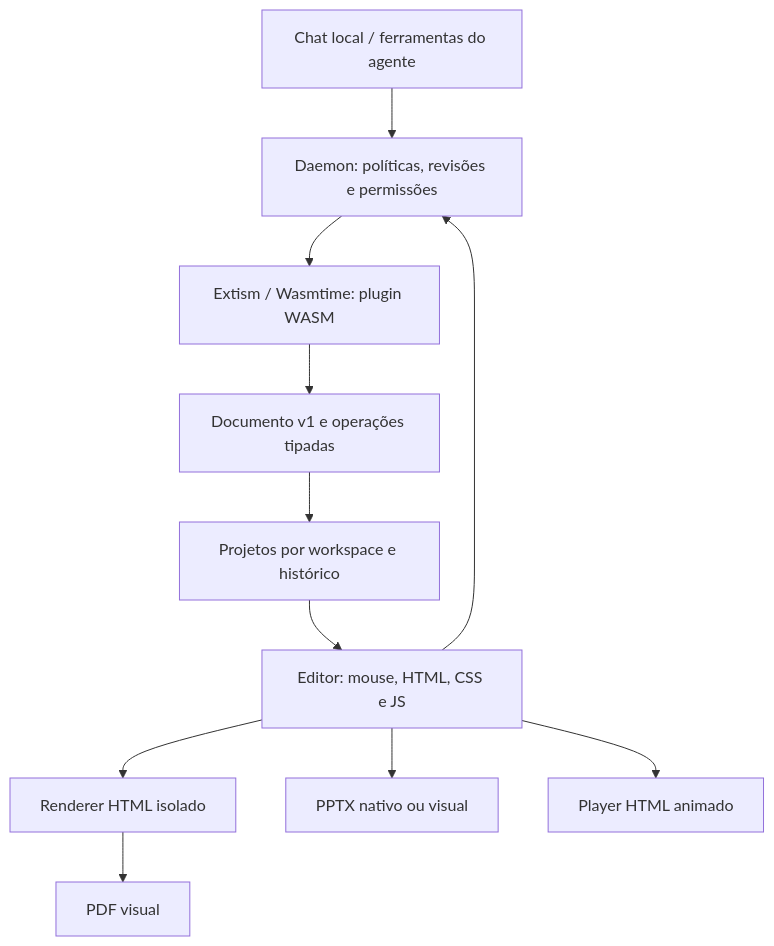
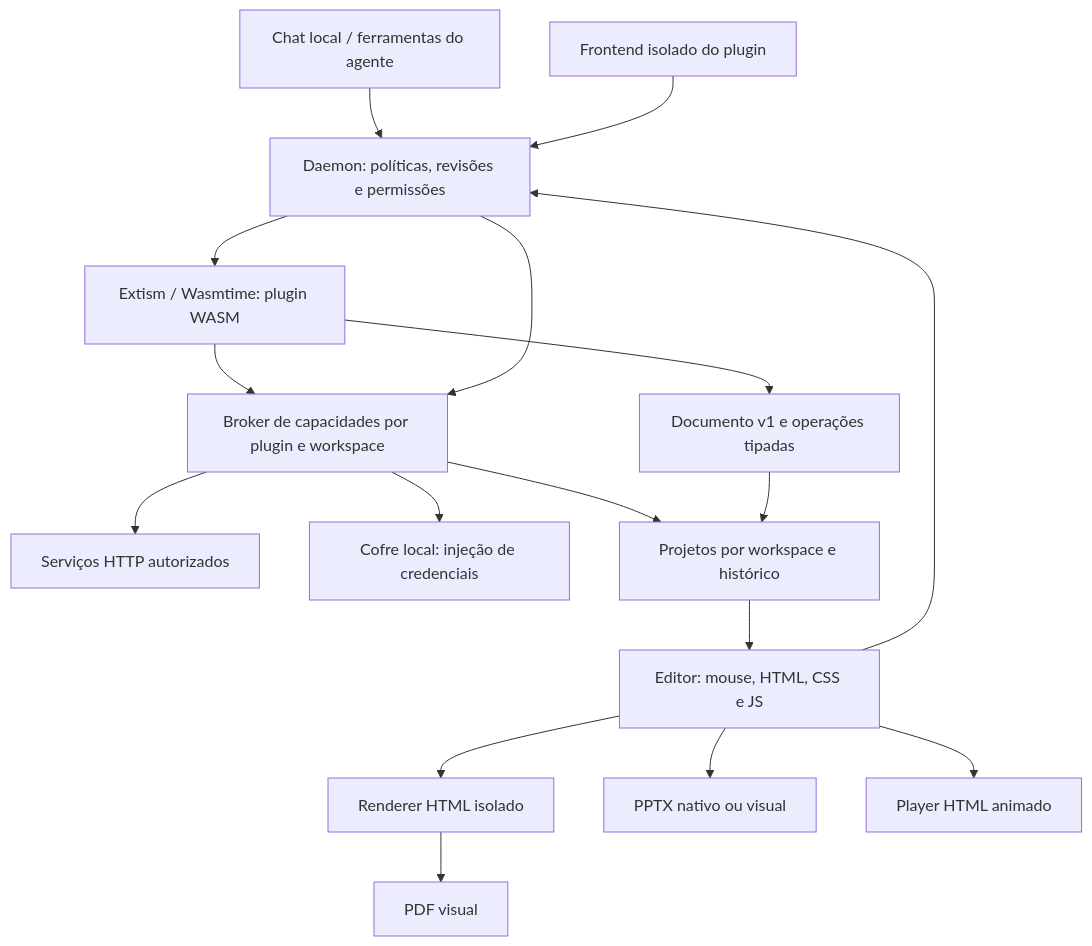
One commit to MLX-Pilot/MLX-Pilot changed the diagram in docs/plugin-platform.md. Above: the diagram before and after it, drawn with Mermaid. The commit also changed other lines of this file and 1 other file, not shown here.

First line of the commit message:
docs(plugins): explain scoped host capabilities and SDK migration

````diff
--- a/docs/plugin-platform.md
+++ b/docs/plugin-platform.md
@@ -29,13 +29,19 @@
 ```mermaid
 flowchart TD
   Chat[Chat local / ferramentas do agente] --> Broker[Daemon: políticas, revisões e permissões]
   Editor[Editor: mouse, HTML, CSS e JS] --> Broker
   Broker --> WASM[Extism / Wasmtime: plugin WASM]
+  Frontend[Frontend isolado do plugin] --> Broker
+  WASM --> Host[Broker de capacidades por plugin e workspace]
+  Broker --> Host
+  Host --> Services[Serviços HTTP autorizados]
+  Host --> Vault[Cofre local: injeção de credenciais]
+  Host --> Store
   WASM --> Validator[Documento v1 e operações tipadas]
   Validator --> Store[Projetos por workspace e histórico]
   Store --> Editor
   Editor --> Render[Renderer HTML isolado]
   Render --> PDF[PDF visual]
   Editor --> PPTX[PPTX nativo ou visual]
   Editor --> HTML[Player HTML animado]
 ```
````
